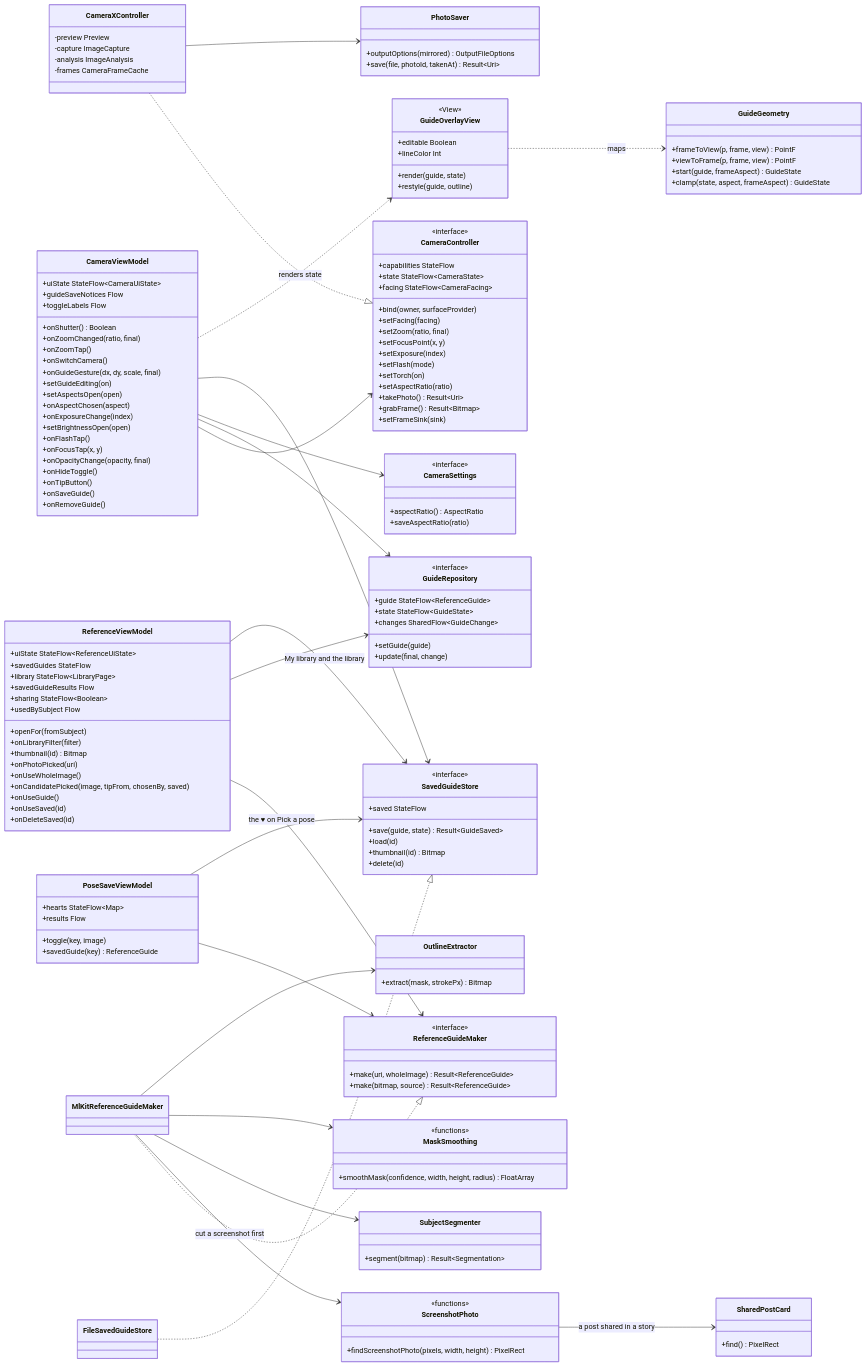
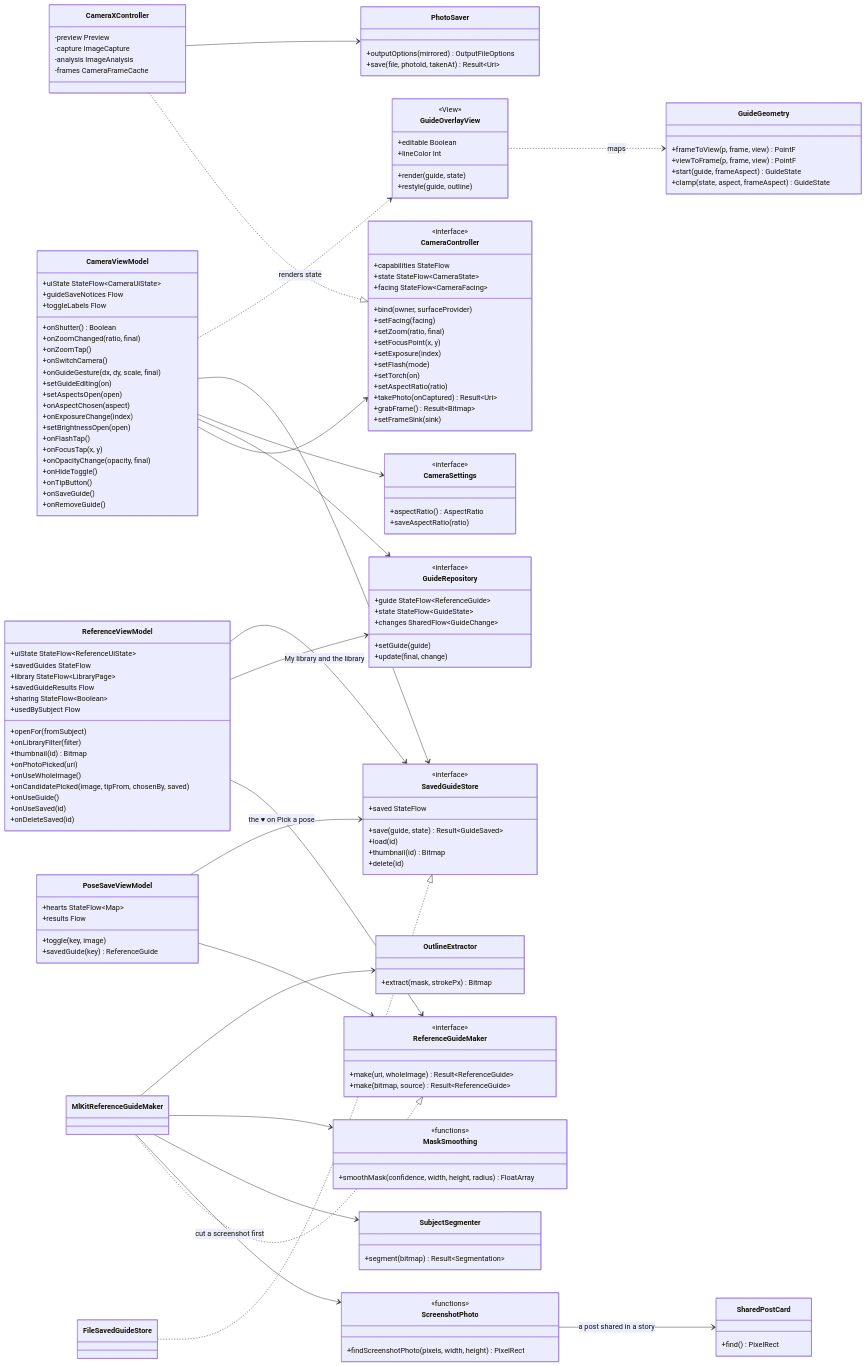
One commit to snuhcs-course/swpp-2026-project-team-10 changed the sixth of 14 diagrams in wiki/Design-Documentation.md. Above: the diagram before and after it, drawn with Mermaid. The commit also changed other lines of this file and 19 other files, not shown here.

Commit message:
perf: take the photo sooner and free the shutter while it saves (#230)

```diff
--- a/wiki/Design-Documentation.md
+++ b/wiki/Design-Documentation.md
@@ -649,7 +652,7 @@
     +setFlash(mode)
     +setTorch(on)
     +setAspectRatio(ratio)
-    +takePhoto() Result~Uri~
+    +takePhoto(onCaptured) Result~Uri~
     +grabFrame() Result~Bitmap~
     +setFrameSink(sink)
   }
```
